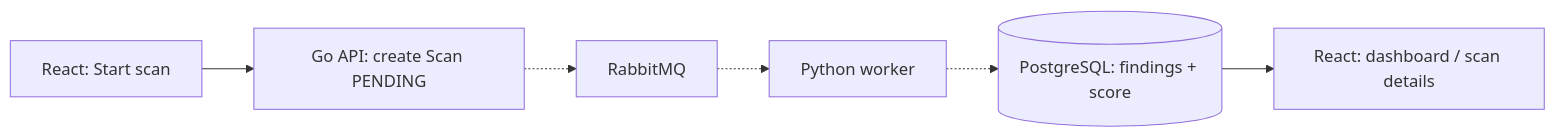
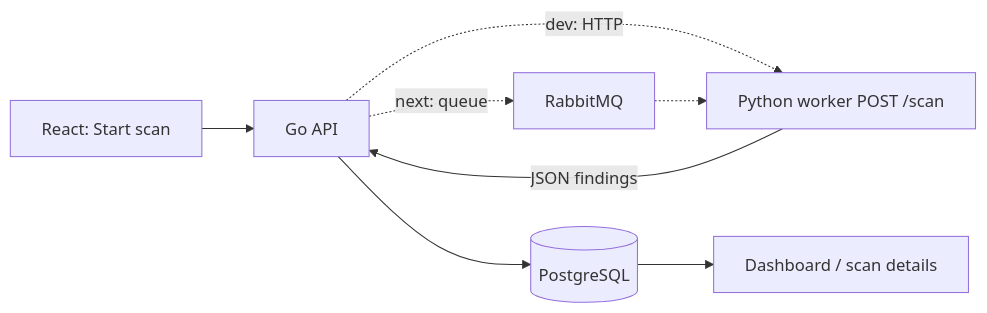
The third of 4 diagrams in README.md (ChakerYaakoub/CyberWatch), drawn with Mermaid before and after one commit. The commit also changed other lines of this file and 23 other files, not shown here.

Commit message:
feat: add Python FastAPI security scanner worker with passive scan pipeline

````diff
--- a/README.md
+++ b/README.md
@@ -115,8 +120,10 @@
 ```mermaid
 flowchart LR
-  FE[React: Start scan] --> API[Go API: create Scan PENDING]
-  API -.-> MQ[RabbitMQ]
-  MQ -.-> W[Python worker]
-  W -.-> DB[(PostgreSQL: findings + score)]
-  DB --> FE2[React: dashboard / scan details]
+  FE[React: Start scan] --> API[Go API]
+  API -.->|dev: HTTP| W[Python worker POST /scan]
+  API -.->|next: queue| MQ[RabbitMQ]
+  MQ -.-> W
+  W -->|JSON findings| API
+  API --> DB[(PostgreSQL)]
+  DB --> FE2[Dashboard / scan details]
 ```
````
